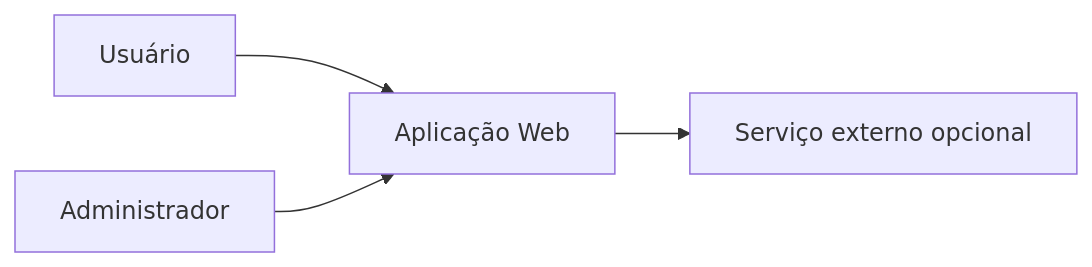
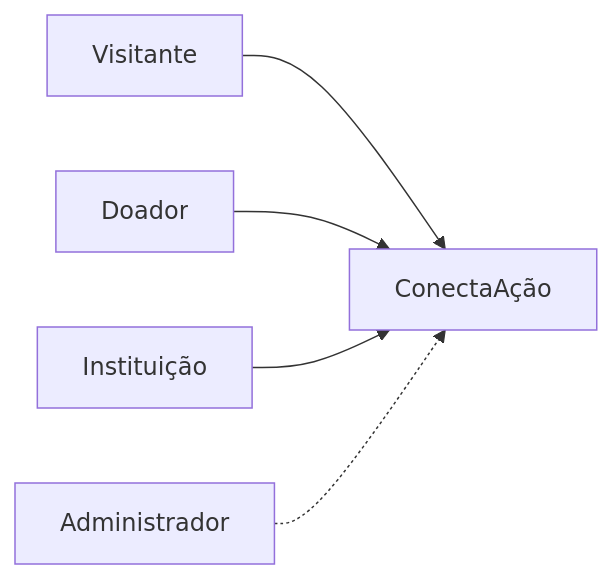
The first of 3 diagrams in docs/arquitetura/arquitetura.md (gigi-zacaroni/tp-eng-software), drawn with Mermaid before and after one commit. The commit also changed other lines of this file, not shown here.

````diff
--- a/docs/arquitetura/arquitetura.md
+++ b/docs/arquitetura/arquitetura.md
@@ -13,6 +18,7 @@
 ```mermaid
 flowchart LR
-    U[Usuário] --> W[Aplicação Web]
-    A[Administrador] --> W
-    W --> E[Serviço externo opcional]
+    V[Visitante] --> S[ConectaAção]
+    D[Doador] --> S
+    I[Instituição] --> S
+    A[Administrador] -.-> S
 ```
````
